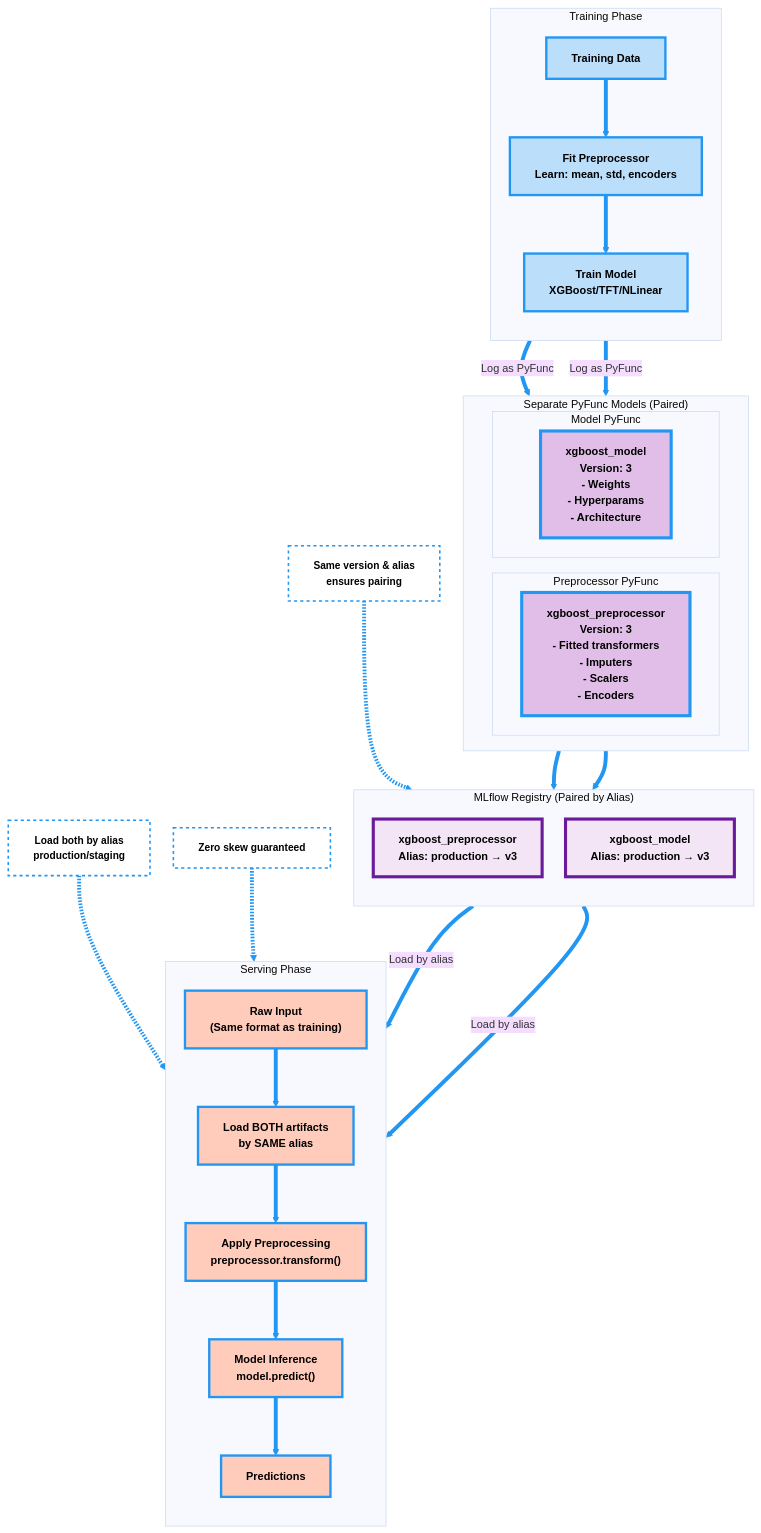
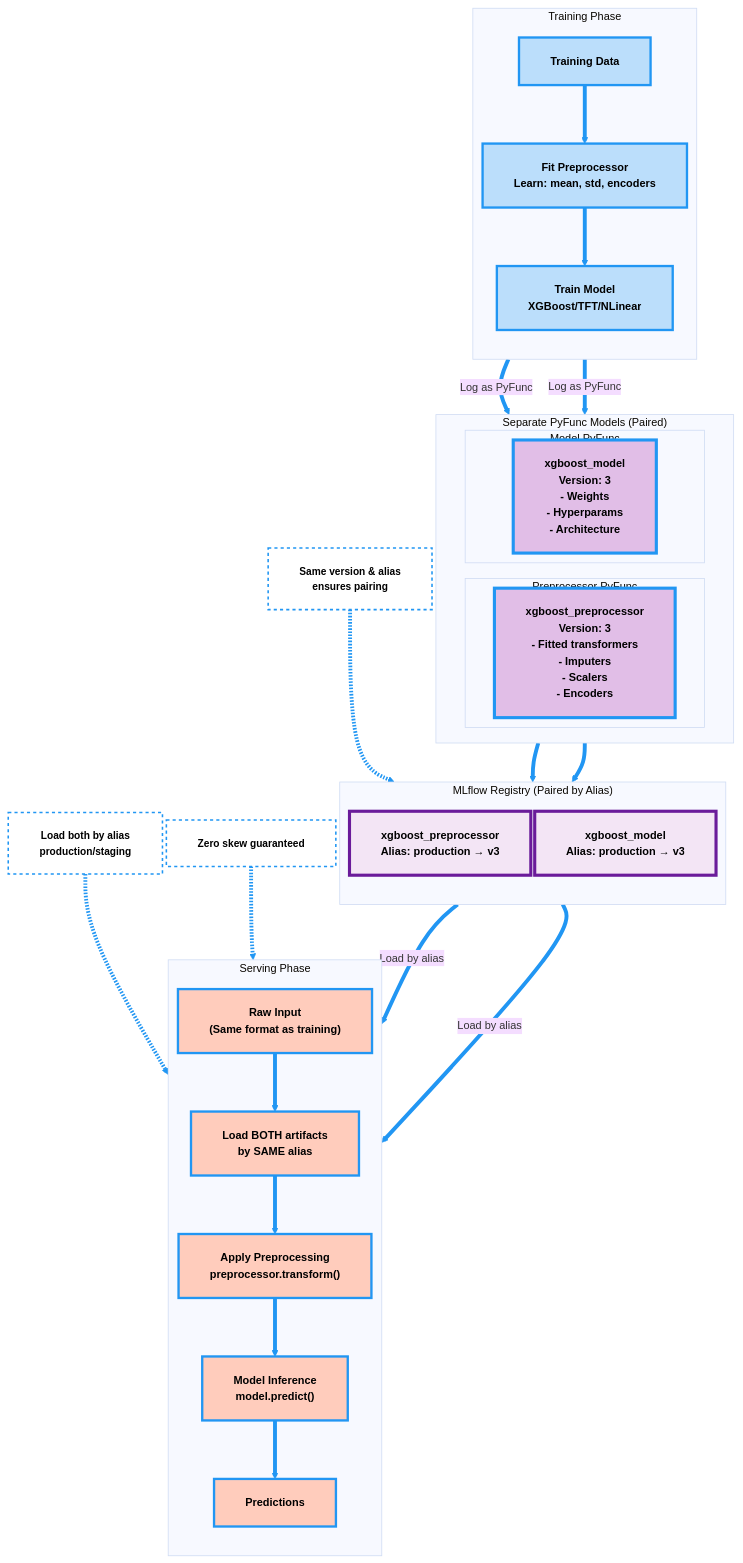
One commit to bambootran89/ml_pipeline_template changed the second of 5 diagrams in docs/architecture.md. Above: the diagram before and after it, drawn with Mermaid. The commit also changed other lines of this file and 1 other file, not shown here.

```diff
--- a/docs/architecture.md
+++ b/docs/architecture.md
@@ -96,17 +96,16 @@
 %%{init: {
   "theme": "base",
   "flowchart": {
-    "nodeSpacing": 30,
+    "nodeSpacing": 5,
     "rankSpacing": 50,
     "curve": "basis",
-    "padding": 16
+    "padding": 20
   },
   "themeVariables": {
     "fontFamily": "Inter, Arial, sans-serif",
     "fontSize": "14px"
   }
 }}%%
-
 flowchart TB
     %% Stronger Styles
     classDef training fill:#bbdefb,stroke:#2196f3,stroke-width:3px,color:#000,font-weight:800
```
